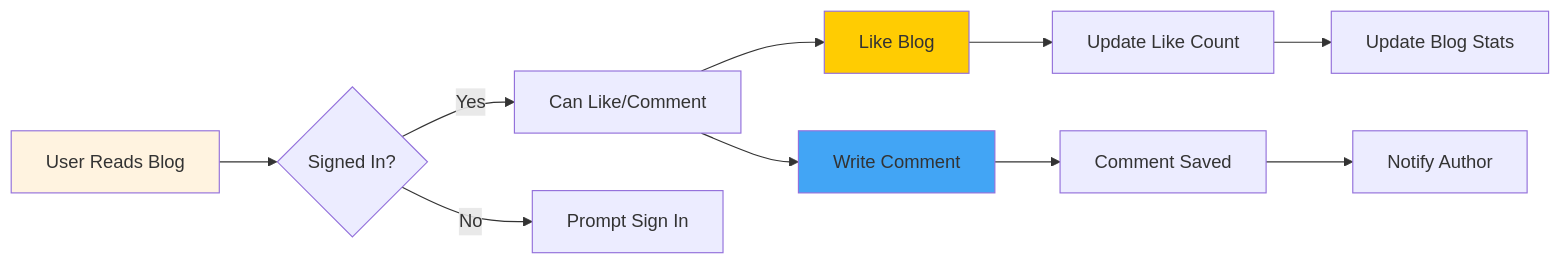
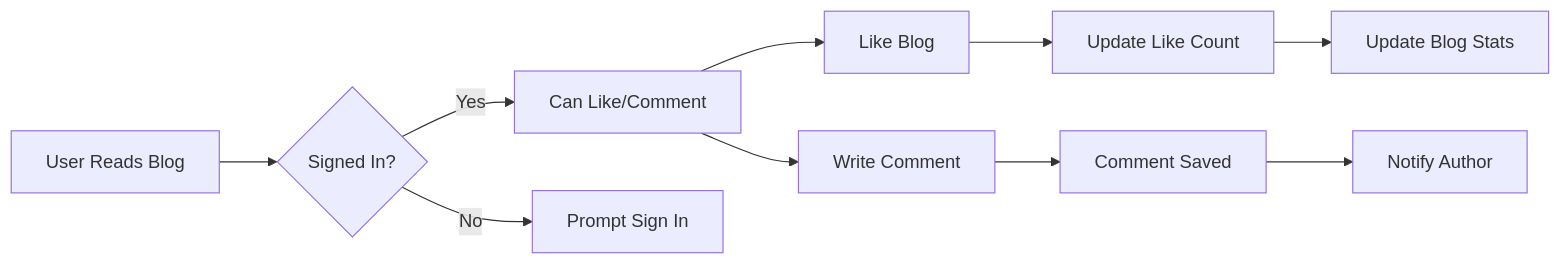
Before and after one commit to choksi2212/blog-vibe: the sixth of 9 diagrams in README.md, drawn with Mermaid. The commit also changed other lines of this file, not shown here.

````diff
--- a/README.md
+++ b/README.md
@@ -479,19 +465,15 @@
 ```mermaid
 flowchart LR
     A[User Reads Blog] --> B{Signed In?}
     B -->|Yes| C[Can Like/Comment]
     B -->|No| D[Prompt Sign In]
     
     C --> E[Like Blog]
     C --> F[Write Comment]
     
     E --> G[Update Like Count]
     F --> H[Comment Saved]
     
     G --> I[Update Blog Stats]
     H --> J[Notify Author]
-    
-    style A fill:#fff3e0
-    style E fill:#ffcc02
-    style F fill:#42a5f5
 ```
````
